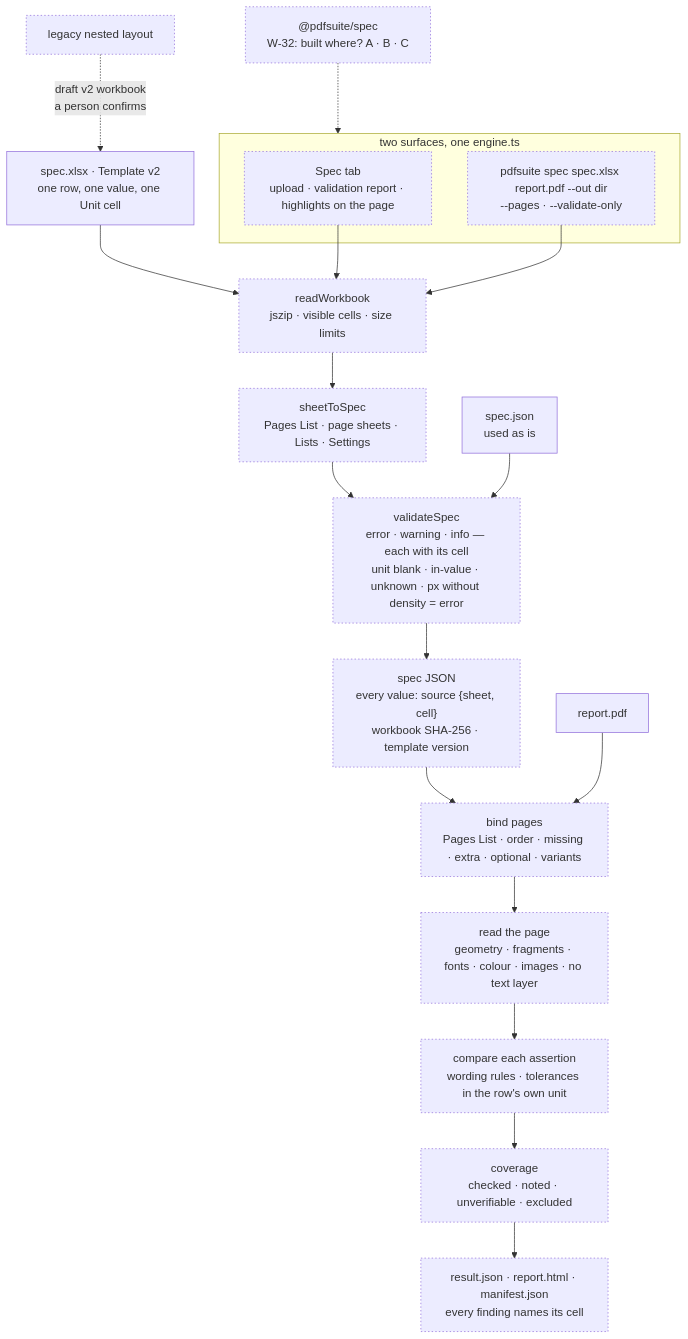
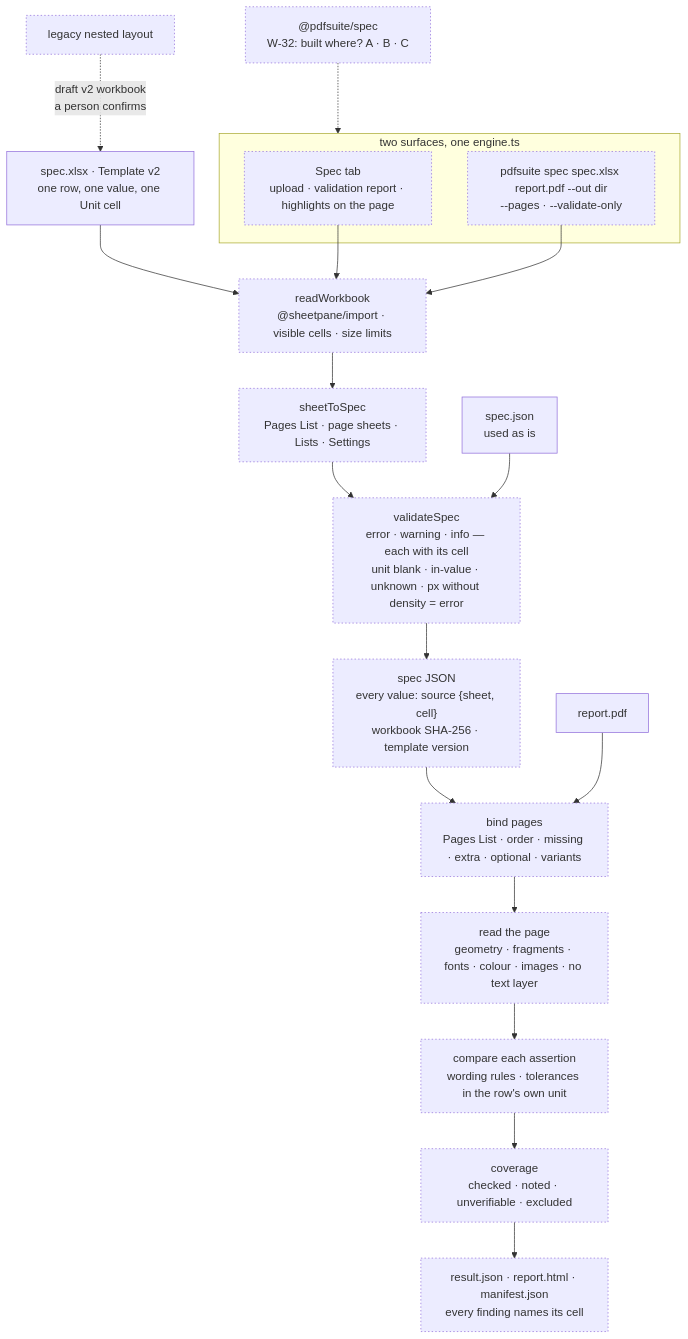
Before and after one commit to arpitarya/pdf-testing-suite: diagram 23 of 25 in docs/ARCHITECTURE.md, drawn with Mermaid. The commit also changed other lines of this file and 10 other files, not shown here.

First line of the commit message:
SR-SPEC-INTAKE: sheetpane loads and displays every workbook

````diff
--- a/docs/ARCHITECTURE.md
+++ b/docs/ARCHITECTURE.md
@@ -879,22 +879,22 @@
 ```mermaid
 flowchart TB
   classDef plan stroke-dasharray: 2 3
-  XL["spec.xlsx · Template v2<br/>one row, one value, one Unit cell"] --> RD["readWorkbook<br/>jszip · visible cells · size limits"]
+  XL["spec.xlsx · Template v2<br/>one row, one value, one Unit cell"] --> RD["readWorkbook<br/>@sheetpane/import · visible cells · size limits"]
   LEG["legacy nested layout"] -.->|"draft v2 workbook<br/>a person confirms"| XL
   RD --> PARSE["sheetToSpec<br/>Pages List · page sheets · Lists · Settings"]
   PARSE --> VAL["validateSpec<br/>error · warning · info — each with its cell<br/>unit blank · in-value · unknown · px without density = error"]
   JS["spec.json<br/>used as is"] --> VAL
   VAL --> SJ["spec JSON<br/>every value: source {sheet, cell}<br/>workbook SHA-256 · template version"]
   SJ & PDF["report.pdf"] --> BIND["bind pages<br/>Pages List · order · missing · extra · optional · variants"]
   BIND --> READ["read the page<br/>geometry · fragments · fonts · colour · images · no text layer"]
   READ --> CMPX["compare each assertion<br/>wording rules · tolerances in the row's own unit"]
   CMPX --> COV["coverage<br/>checked · noted · unverifiable · excluded"]
   COV --> OUT["result.json · report.html · manifest.json<br/>every finding names its cell"]
   subgraph SURF["two surfaces, one engine.ts"]
     TAB["Spec tab<br/>upload · validation report · highlights on the page"]
     CLI["pdfsuite spec spec.xlsx report.pdf --out dir<br/>--pages · --validate-only"]
   end
   TAB & CLI --> RD
   PKG["@pdfsuite/spec<br/>W-32: built where? A · B · C"] -.-> SURF
   class RD,PARSE,VAL,SJ,BIND,READ,CMPX,COV,OUT,TAB,CLI,PKG,LEG plan
 ```
````
